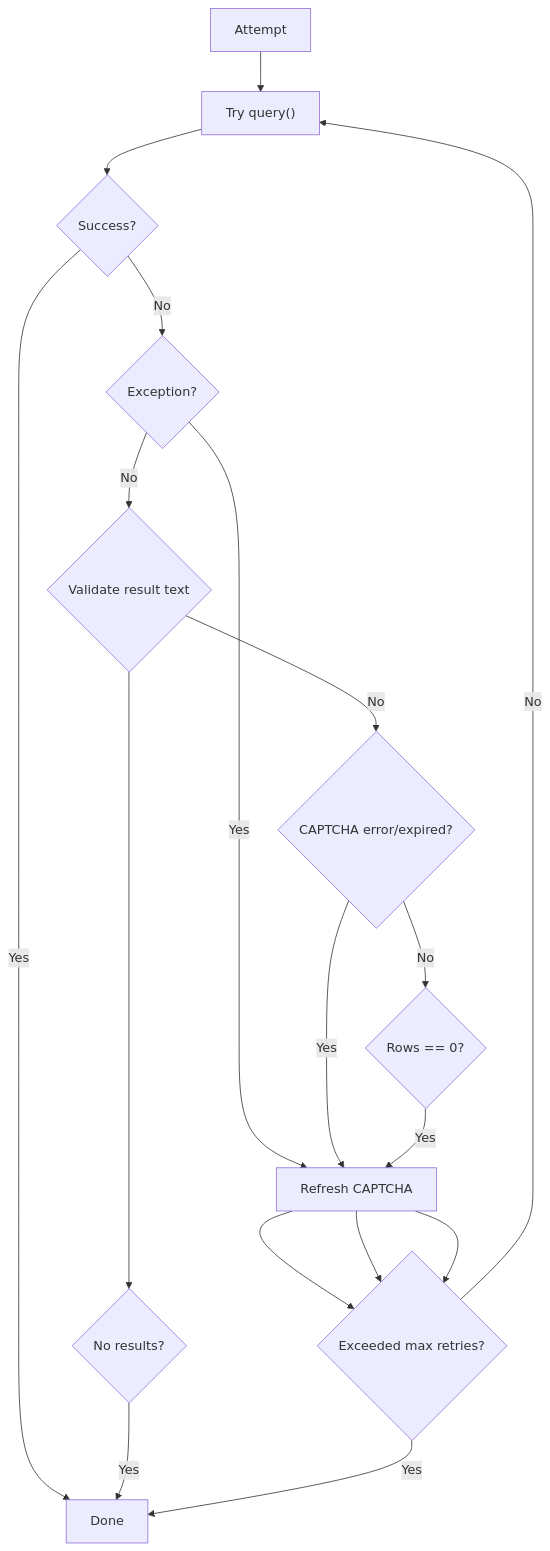
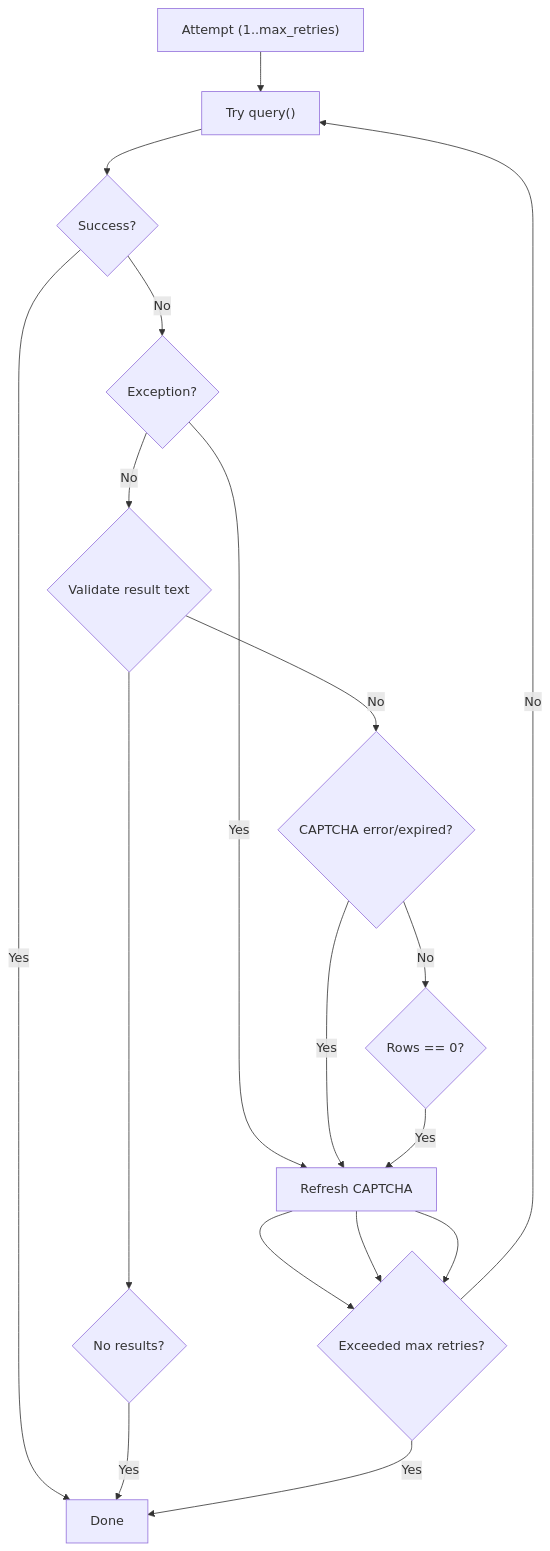
One commit to supotato-ipj/zxgk_auto_query-skill changed the seventh of 10 diagrams in .qoder/repowiki/en/content/Core Architecture/Query Engine.md. Above: the diagram before and after it, drawn with Mermaid. The commit also changed other lines of this file and 24 other files, not shown here.

````diff
--- a/.qoder/repowiki/en/content/Core Architecture/Query Engine.md
+++ b/.qoder/repowiki/en/content/Core Architecture/Query Engine.md
@@ -275,17 +313,17 @@
 ```mermaid
 flowchart TD
-Attempt["Attempt"] --> TryQuery["Try query()"]
+Attempt["Attempt (1..max_retries)"] --> TryQuery["Try query()"]
 TryQuery --> Success{"Success?"}
 Success --> |Yes| Done["Done"]
 Success --> |No| Exception{"Exception?"}
 Exception --> |Yes| RefreshCap["Refresh CAPTCHA"] --> RetryLimit{"Exceeded max retries?"}
 Exception --> |No| ValidateMsg{"Validate result text"}
 ValidateMsg --> NoResult{"No results?"}
 NoResult --> |Yes| Done
 ValidateMsg --> |No| CapError{"CAPTCHA error/expired?"}
 CapError --> |Yes| RefreshCap --> RetryLimit
 CapError --> |No| RowsZero{"Rows == 0?"}
 RowsZero --> |Yes| RefreshCap --> RetryLimit
 RetryLimit --> |Yes| Done
 RetryLimit --> |No| TryQuery
 ```
````
